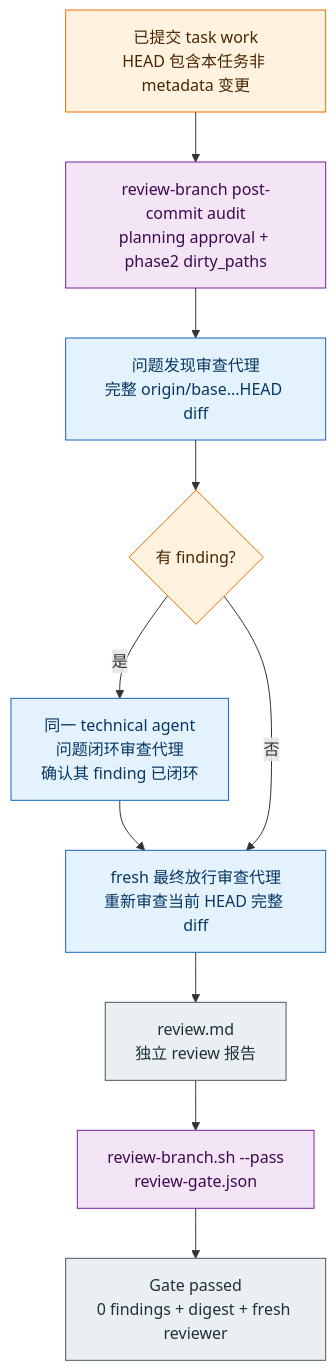
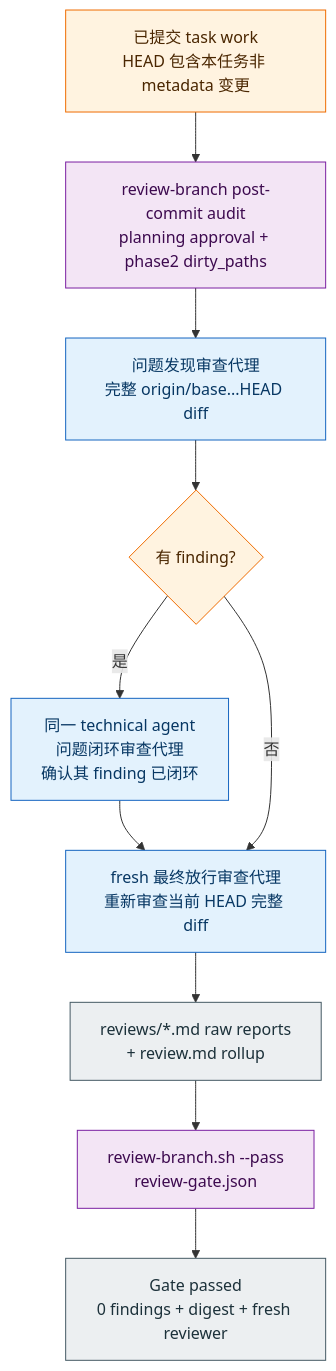
Before and after one commit to castbox/guru-trellis: the fifth of 6 diagrams in docs/requirements/guru-team-trellis-flow.md, drawn with Mermaid. The commit also changed other lines of this file and 40 other files, not shown here.

Commit message:
fix(trellis): retain branch review raw reports

````diff
--- a/docs/requirements/guru-team-trellis-flow.md
+++ b/docs/requirements/guru-team-trellis-flow.md
@@ -234,22 +234,22 @@
 ```mermaid
 flowchart TD
   Commit["已提交 task work<br/>HEAD 包含本任务非 metadata 变更"]:::guru
   Audit["review-branch post-commit audit<br/>planning approval + phase2 dirty_paths"]:::script
   FindReview["问题发现审查代理<br/>完整 origin/base...HEAD diff"]:::codex
   Findings{"有 finding?"}:::guru
   Closure["同一 technical agent<br/>问题闭环审查代理<br/>确认其 finding 已闭环"]:::codex
   Final["fresh 最终放行审查代理<br/>重新审查当前 HEAD 完整 diff"]:::codex
-  ReviewMd["review.md<br/>独立 review 报告"]:::artifact
+  ReviewMd["reviews/*.md raw reports<br/>+ review.md rollup"]:::artifact
   GateJson["review-branch.sh --pass<br/>review-gate.json"]:::script
   Pass["Gate passed<br/>0 findings + digest + fresh reviewer"]:::artifact
 
   Commit --> Audit --> FindReview --> Findings
   Findings -->|"是"| Closure --> Final
   Findings -->|"否"| Final
   Final --> ReviewMd --> GateJson --> Pass
 
   classDef guru fill:#FFF3E0,stroke:#EF6C00,color:#4A2600;
   classDef codex fill:#E3F2FD,stroke:#1565C0,color:#073763;
   classDef script fill:#F3E5F5,stroke:#7B1FA2,color:#3D0A4F;
   classDef artifact fill:#ECEFF1,stroke:#455A64,color:#1C313A;
 ```
````
